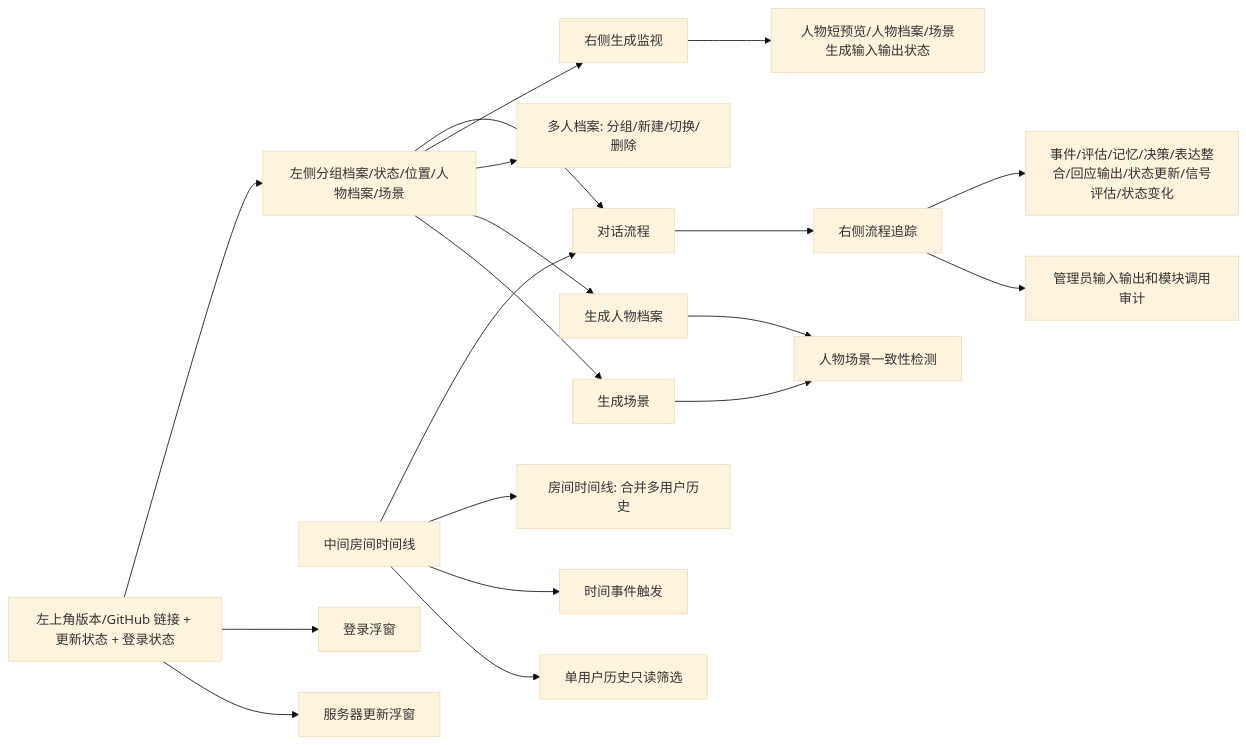
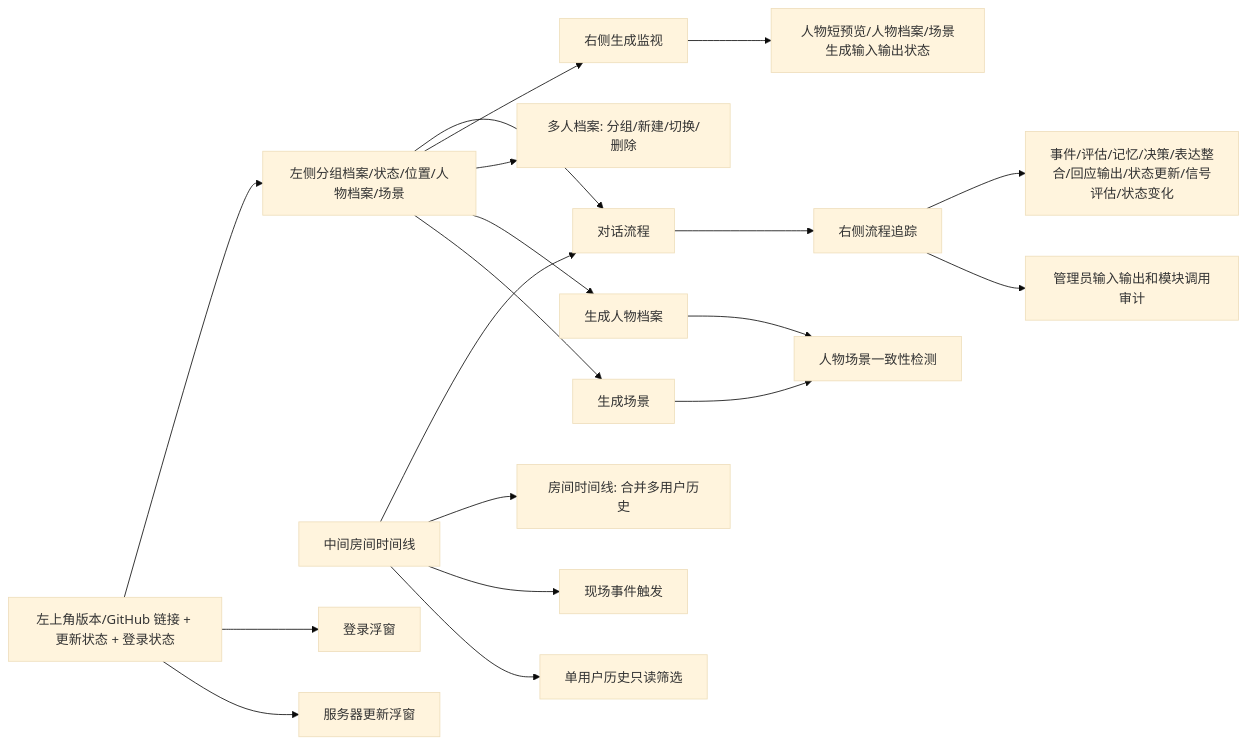
Diagram 32 of 32 in docs/SYSTEM_FLOW.md (ttmanthatman/virtual-human-flow), drawn with Mermaid (base theme) before and after one commit. The commit also changed other lines of this file and 22 other files, not shown here.

````diff
--- a/docs/SYSTEM_FLOW.md
+++ b/docs/SYSTEM_FLOW.md
@@ -772,21 +772,21 @@
 ```mermaid
 flowchart LR
     TOP[左上角版本/GitHub 链接 + 更新状态 + 登录状态] --> LEFT
     LEFT[左侧分组档案/状态/位置/人物档案/场景] --> PIPE[对话流程]
     CHAT[中间房间时间线] --> PIPE
     PIPE --> TRACE[右侧流程追踪]
     TRACE --> JSON[事件/评估/记忆/决策/表达整合/回应输出/状态更新/信号评估/状态变化]
     LEFT --> MONITOR[右侧生成监视]
     MONITOR --> GENJSON[人物短预览/人物档案/场景生成输入输出状态]
     TRACE --> AUDIT[管理员输入输出和模块调用审计]
     CHAT --> ROOM[房间时间线: 合并多用户历史]
-    CHAT --> EVENT[时间事件触发]
+    CHAT --> EVENT[现场事件触发]
     CHAT --> SHAREDHIST[单用户历史只读筛选]
     TOP --> LOGIN[登录浮窗]
     TOP --> UPDATE[服务器更新浮窗]
     LEFT --> DOS[多人档案: 分组/新建/切换/删除]
     LEFT --> GEN1[生成人物档案]
     LEFT --> GEN2[生成场景]
     GEN1 --> FIT[人物场景一致性检测]
     GEN2 --> FIT
 ```
````
